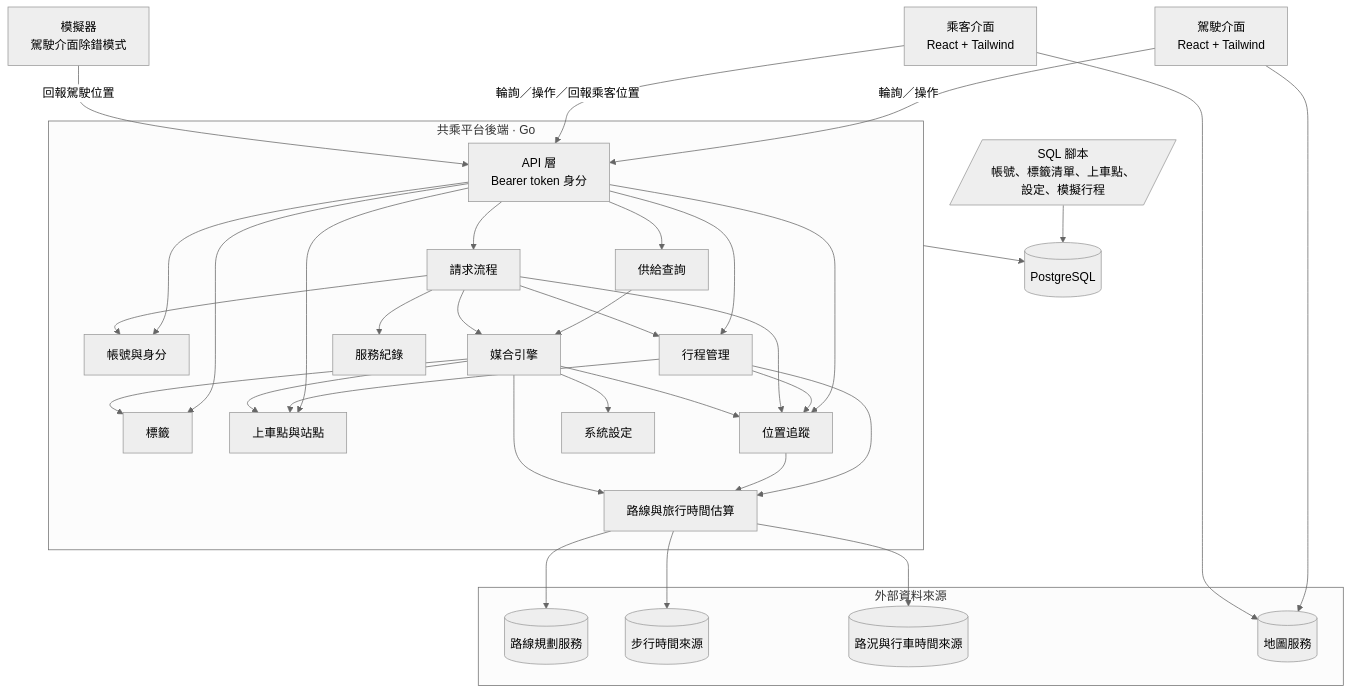
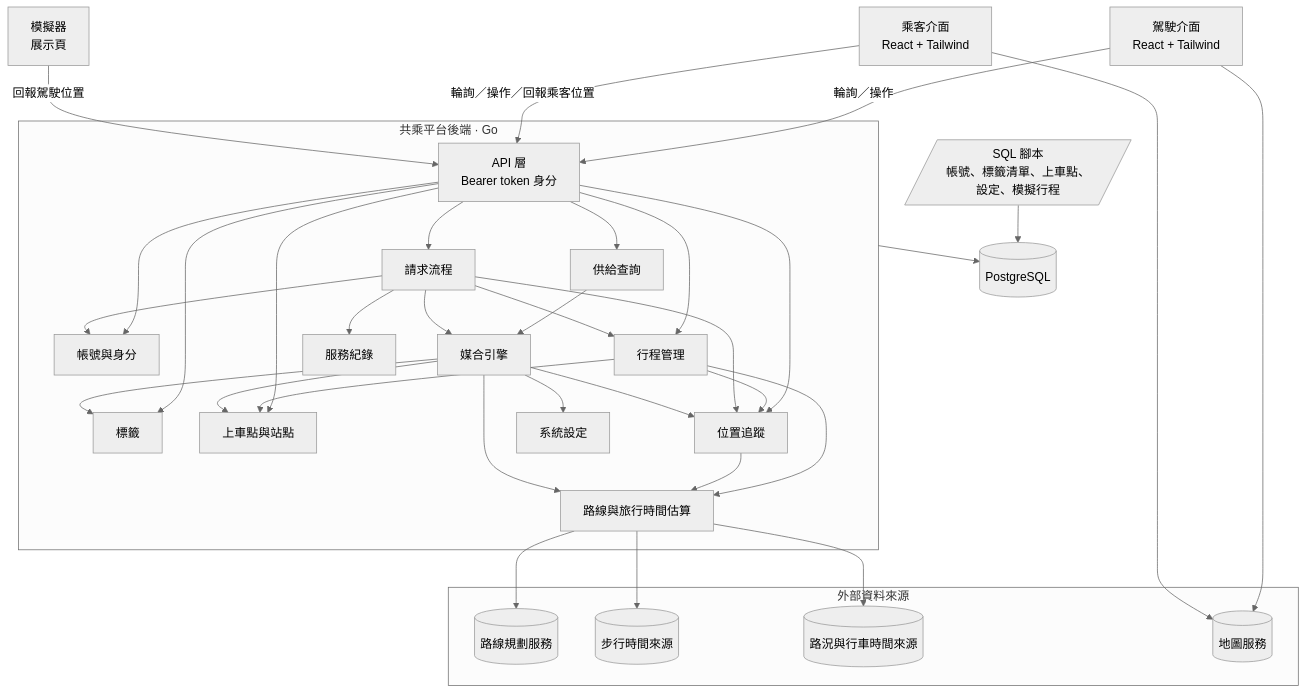
One commit to sohoffice/debugthon-carpool changed the first of 15 diagrams in docs/design.md. Above: the diagram before and after it, drawn with Mermaid (neutral theme). The commit also changed other lines of this file, not shown here.

````diff
--- a/docs/design.md
+++ b/docs/design.md
@@ -85,45 +85,45 @@
 ```mermaid
 flowchart TB
     DUI[駕駛介面<br/>React + Tailwind]
     PUI[乘客介面<br/>React + Tailwind]
-    SIM[模擬器<br/>駕駛介面除錯模式]
+    SIM[模擬器<br/>展示頁]
 
     subgraph Backend[共乘平台後端 · Go]
         API[API 層<br/>Bearer token 身分]
         ACC[帳號與身分]
         TAG[標籤]
         STN[上車點與站點]
         TRIP[行程管理]
         TRK[位置追蹤]
         TT[路線與旅行時間估算]
         SUP[供給查詢]
         MAT[媒合引擎]
         RQ[請求流程]
         REC[服務紀錄]
         CFG[系統設定]
     end
 
     DB[(PostgreSQL)]
     SQL[/SQL 腳本<br/>帳號、標籤清單、上車點、設定、模擬行程/]
 
     subgraph External[外部資料來源]
         DIR[(路線規劃服務)]
         WALK[(步行時間來源)]
         TRAF[(路況與行車時間來源)]
         MAP[(地圖服務)]
     end
 
     DUI -- 輪詢／操作 --> API
     PUI -- 輪詢／操作／回報乘客位置 --> API
     SIM -- 回報駕駛位置 --> API
     API --> ACC & TAG & STN & TRIP & TRK & SUP & RQ
     TRIP --> STN & TT & TRK
     TRK --> TT
     SUP --> MAT
     RQ --> MAT & TRIP & REC & ACC & TRK
     MAT --> TRK & TAG & STN & TT & CFG
     TT --> DIR & WALK & TRAF
     Backend --> DB
     SQL --> DB
     DUI & PUI --> MAP
 ```
````
